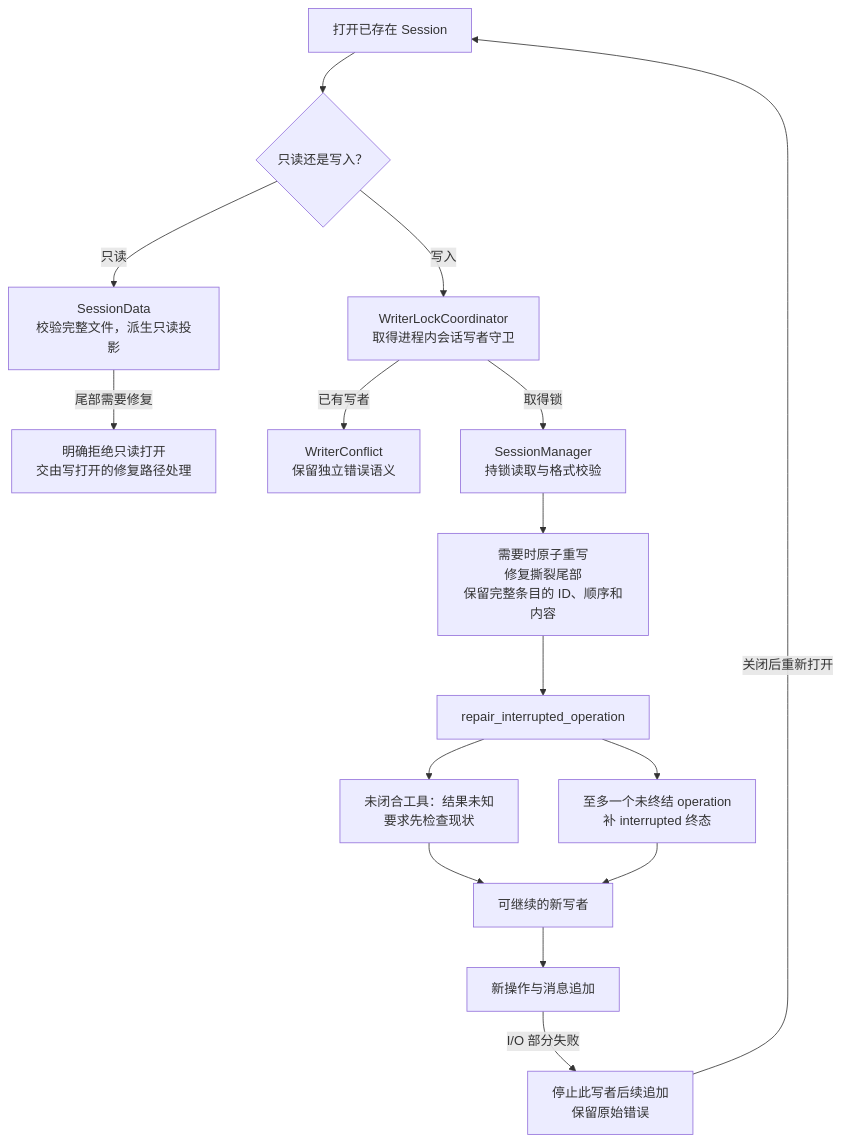
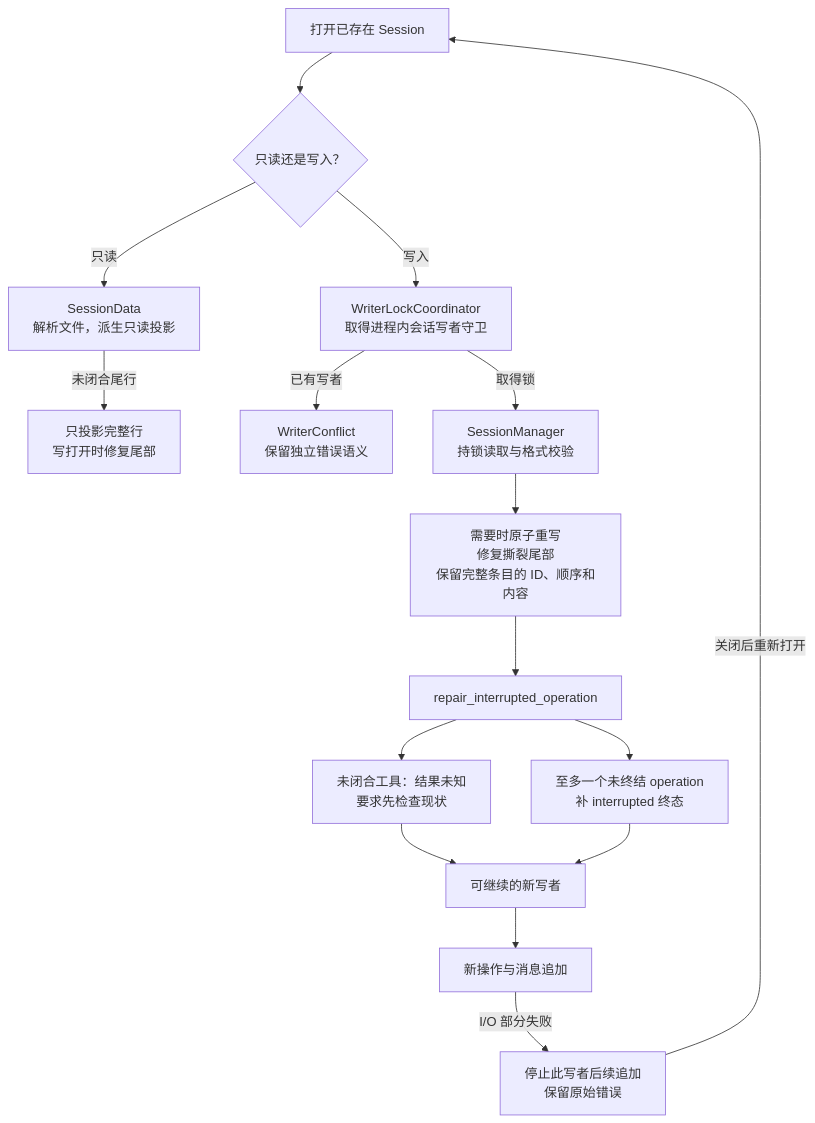
Diagram 28 of 29 in docs/architecture.md (qjcnmd/singularity-agent), drawn with Mermaid before and after one commit. The commit also changed other lines of this file and 137 other files, not shown here.

````diff
--- a/docs/architecture.md
+++ b/docs/architecture.md
@@ -775,18 +773,18 @@
 ```mermaid
 flowchart TB
     Open["打开已存在 Session"] --> Mode{"只读还是写入？"}
-    Mode -->|"只读"| Read["SessionData<br/>校验完整文件，派生只读投影"]
-    Read -->|"尾部需要修复"| ReadError["明确拒绝只读打开<br/>交由写打开的修复路径处理"]
+    Mode -->|"只读"| Read["SessionData<br/>解析文件，派生只读投影"]
+    Read -->|"未闭合尾行"| CompleteLines["只投影完整行<br/>写打开时修复尾部"]
     Mode -->|"写入"| Lock["WriterLockCoordinator<br/>取得进程内会话写者守卫"]
     Lock -->|"已有写者"| Conflict["WriterConflict<br/>保留独立错误语义"]
     Lock -->|"取得锁"| Manager["SessionManager<br/>持锁读取与格式校验"]
     Manager --> Rewrite["需要时原子重写<br/>修复撕裂尾部<br/>保留完整条目的 ID、顺序和内容"]
     Rewrite --> Repair["repair_interrupted_operation"]
     Repair --> Unknown["未闭合工具：结果未知<br/>要求先检查现状"]
     Repair --> Interrupted["至多一个未终结 operation<br/>补 interrupted 终态"]
     Unknown --> Ready["可继续的新写者"]
     Interrupted --> Ready
     Ready --> Append["新操作与消息追加"]
     Append -->|"I/O 部分失败"| Stop["停止此写者后续追加<br/>保留原始错误"]
     Stop -->|"关闭后重新打开"| Open
 ```
````
